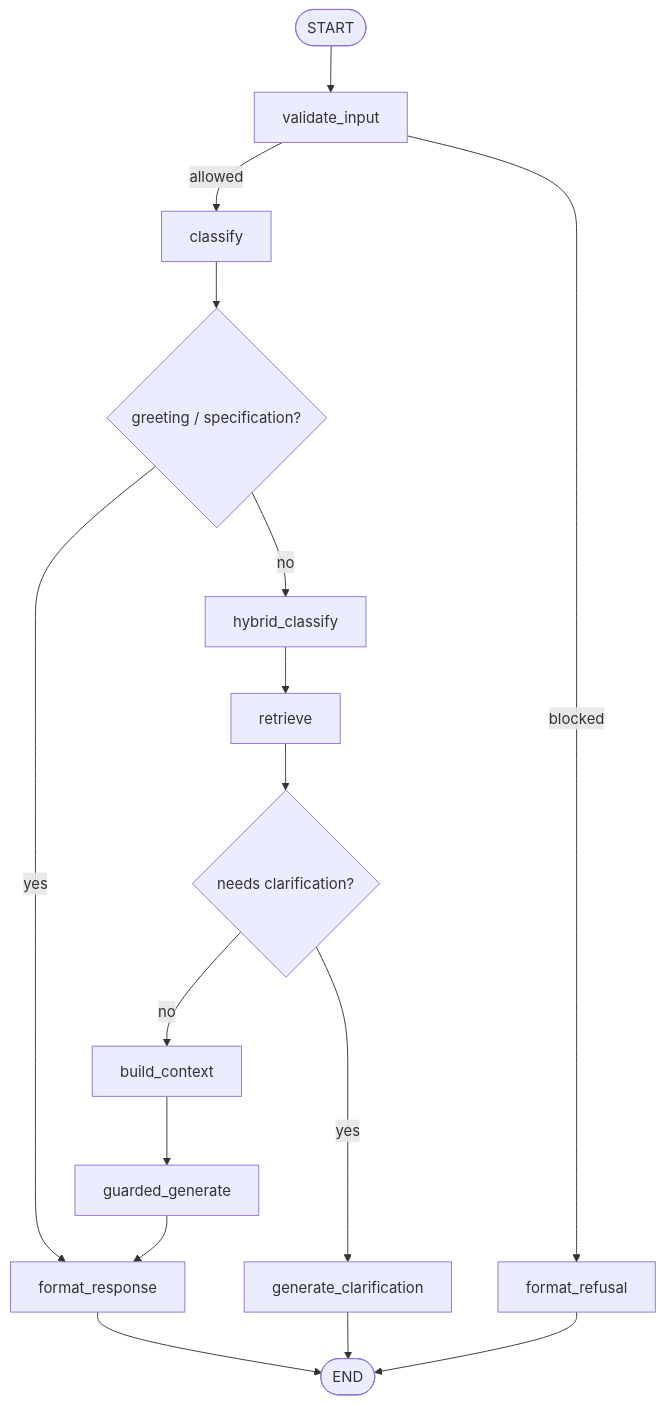
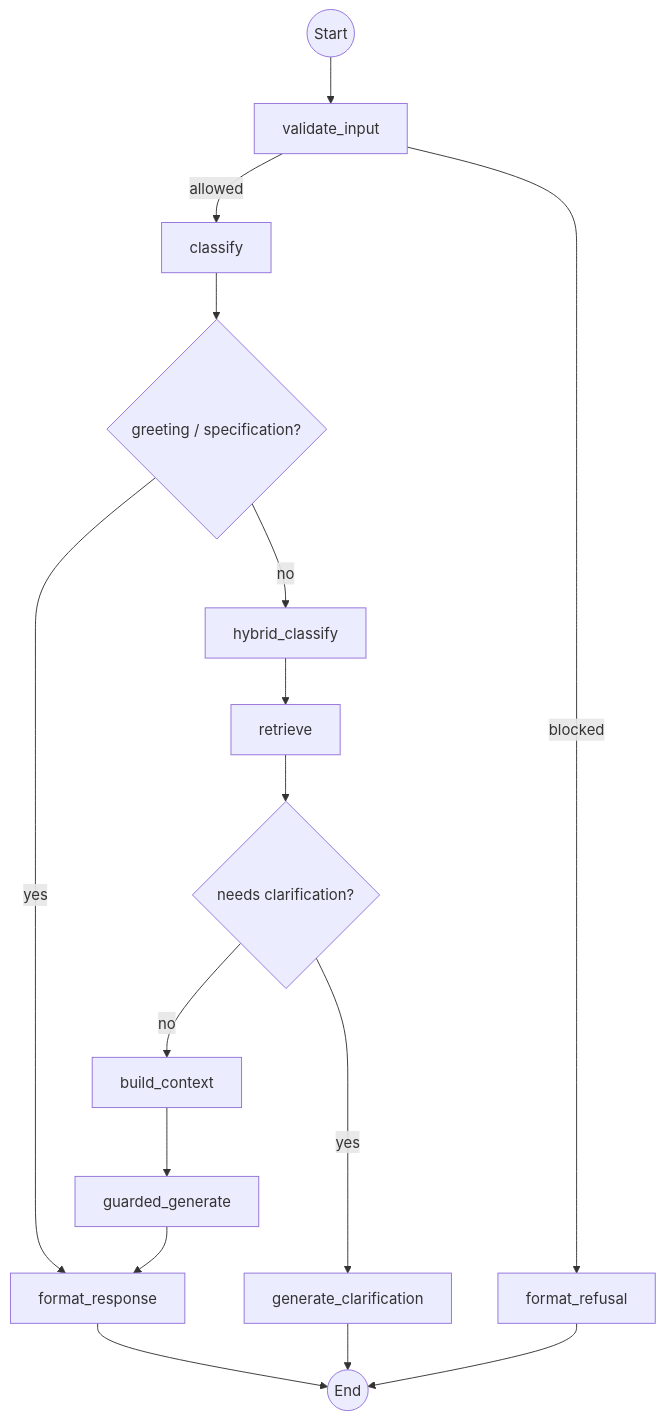
The fourth of 9 diagrams in README.md (AliNikkhah2001/Work_Credit-RAG_Phase1), drawn with Mermaid before and after one commit.

Commit message:
docs: fix orchestrator graph diagram - compilable mermaid syntax matching graph.py

````diff
--- a/README.md
+++ b/README.md
@@ -421,18 +421,18 @@
 ```mermaid
 flowchart TD
-    START([START]) --> VI[validate_input]
-    VI -->|blocked| REF[format_refusal]
-    VI -->|allowed| CL[classify]
-    CL --> R{greeting / specification?}
-    R -->|yes| FR[format_response]
-    FR --> END([END])
-    R -->|no| HC[hybrid_classify]
-    HC --> RET[retrieve]
-    RET --> SC{needs clarification?}
-    SC -->|yes| GC[generate_clarification]
-    GC --> END
-    SC -->|no| BC[build_context]
-    BC --> GG[guarded_generate]
-    GG --> FR
-    REF --> END
+    Start((Start)) --> VI[validate_input]
+    VI -->|blocked| Ref[format_refusal]
+    VI -->|allowed| Cl[classify]
+    Cl --> R{greeting / specification?}
+    R -->|yes| Fr[format_response]
+    Fr --> End((End))
+    R -->|no| Hc[hybrid_classify]
+    Hc --> Ret[retrieve]
+    Ret --> SC{needs clarification?}
+    SC -->|yes| Gc[generate_clarification]
+    Gc --> End((End))
+    SC -->|no| Bc[build_context]
+    Bc --> Gg[guarded_generate]
+    Gg --> Fr
+    Ref --> End((End))
 ```
````
